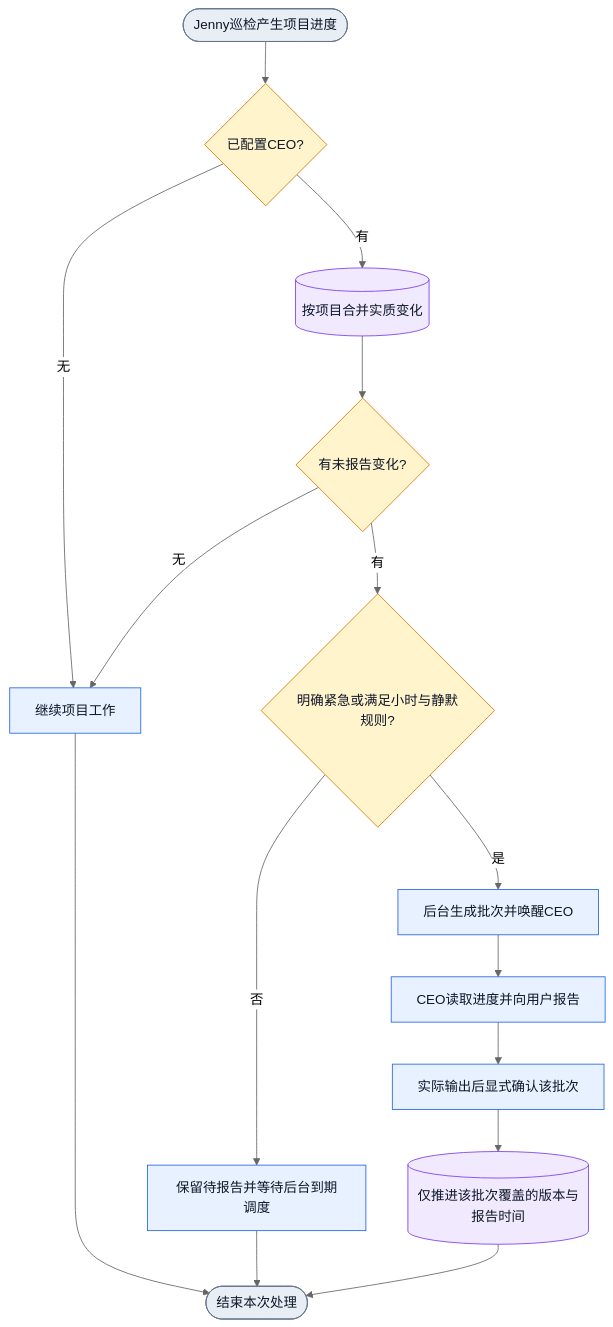
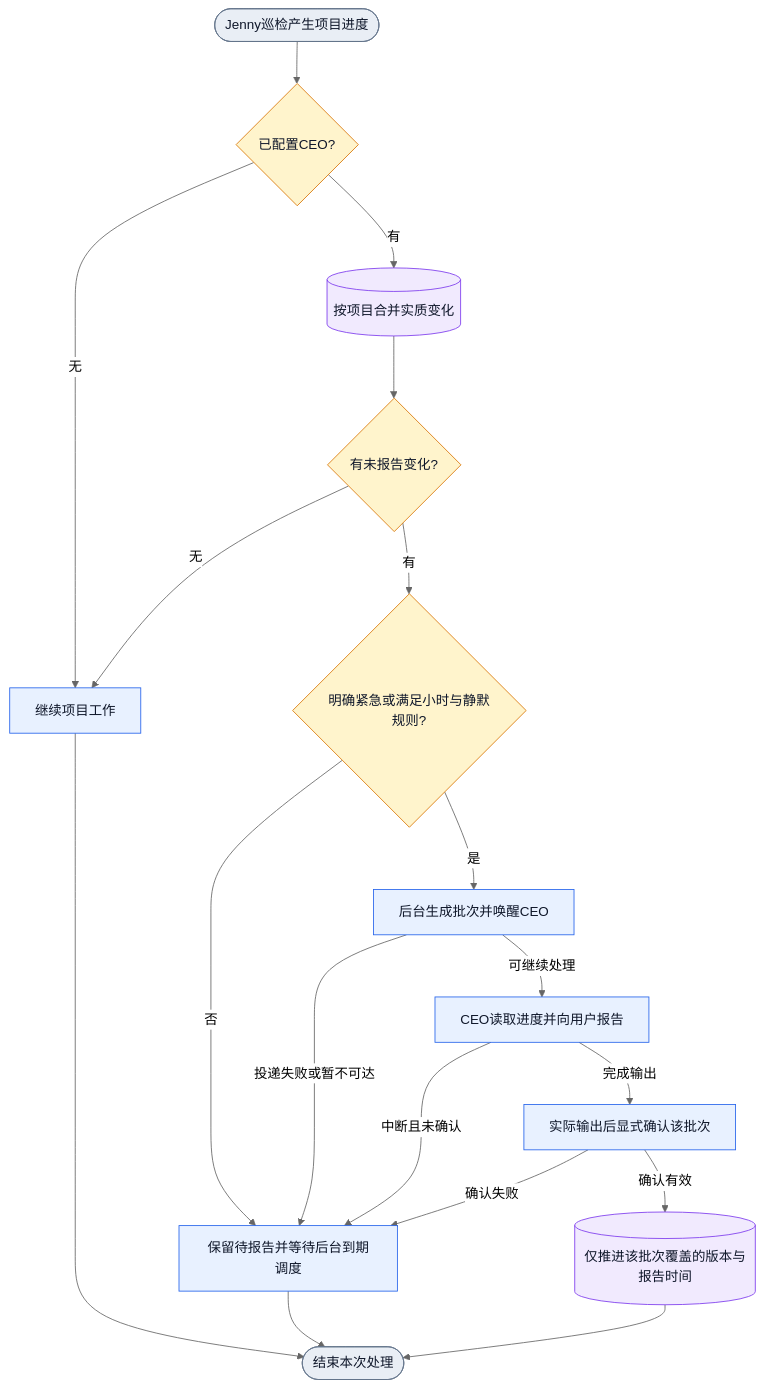
Before and after one commit to Jasonzhangf/appsdk: the third of 3 diagrams in docs/design/collab-board-patrol-ceo-reporting.md, drawn with Mermaid (neutral theme). The commit also changed 5 other files, not shown here.

````diff
--- a/docs/design/collab-board-patrol-ceo-reporting.md
+++ b/docs/design/collab-board-patrol-ceo-reporting.md
@@ -140,21 +140,24 @@
 ```mermaid
 flowchart TD
  S([Jenny巡检产生项目进度]):::boundary --> A{已配置CEO?}:::decision
  A -->|无| L[继续项目工作]:::action
  A -->|有| B[(按项目合并实质变化)]:::data
  B --> C{有未报告变化?}:::decision
  C -->|无| L
  C -->|有| D{明确紧急或满足小时与静默规则?}:::decision
  D -->|否| P[保留待报告并等待后台到期调度]:::action
  D -->|是| W[后台生成批次并唤醒CEO]:::action
- W --> U[CEO读取进度并向用户报告]:::action
- U --> R[实际输出后显式确认该批次]:::action
- R --> V[(仅推进该批次覆盖的版本与报告时间)]:::data
+ W -->|可继续处理| U[CEO读取进度并向用户报告]:::action
+ W -->|投递失败或暂不可达| P
+ U -->|完成输出| R[实际输出后显式确认该批次]:::action
+ U -->|中断且未确认| P
+ R -->|确认有效| V[(仅推进该批次覆盖的版本与报告时间)]:::data
+ R -->|确认失败| P
  L --> E([结束本次处理]):::boundary
  P --> E
  V --> E
  classDef boundary fill:#E9EEF5,stroke:#64748B,color:#0F172A
  classDef action fill:#E8F1FF,stroke:#2563EB,color:#0F172A
  classDef decision fill:#FFF4CC,stroke:#D97706,color:#0F172A
  classDef data fill:#F1EAFE,stroke:#7C3AED,color:#0F172A
 ```
````
